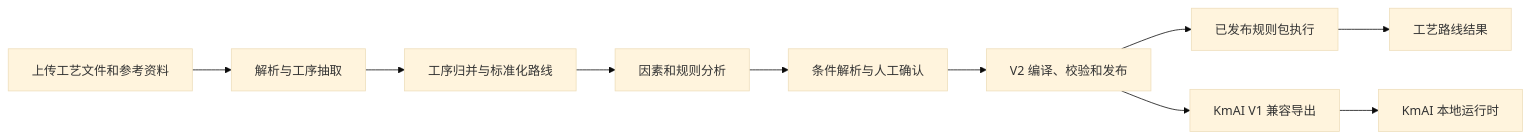
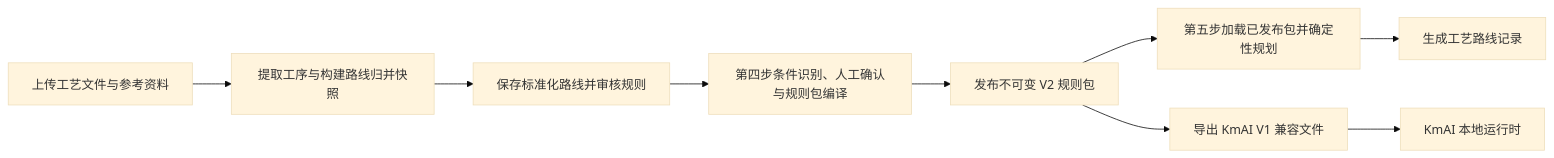
The first of 2 diagrams in docs/重构与优化跟踪.md (shenhl8023-bit/processmind-minimal-runtime), drawn with Mermaid (base theme) before and after one commit. The commit also changed other lines of this file, not shown here.

````diff
--- a/docs/重构与优化跟踪.md
+++ b/docs/重构与优化跟踪.md
@@ -46,12 +40,11 @@
 ```mermaid
 flowchart LR
-    A["上传工艺文件和参考资料"] --> B["解析与工序抽取"]
-    B --> C["工序归并与标准化路线"]
-    C --> D["因素和规则分析"]
-    D --> E["条件解析与人工确认"]
-    E --> F["V2 编译、校验和发布"]
-    F --> G["已发布规则包执行"]
-    G --> H["工艺路线结果"]
-    F --> I["KmAI V1 兼容导出"]
-    I --> J["KmAI 本地运行时"]
+    A["上传工艺文件与参考资料"] --> B["提取工序与构建路线归并快照"]
+    B --> C["保存标准化路线并审核规则"]
+    C --> D["第四步条件识别、人工确认与规则包编译"]
+    D --> E["发布不可变 V2 规则包"]
+    E --> F["第五步加载已发布包并确定性规划"]
+    F --> G["生成工艺路线记录"]
+    E --> H["导出 KmAI V1 兼容文件"]
+    H --> I["KmAI 本地运行时"]
 ```
````
